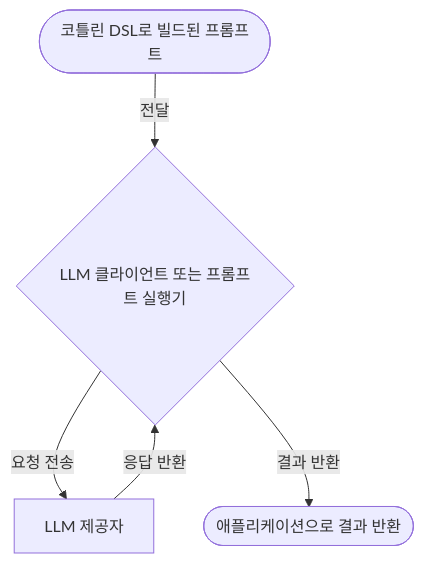
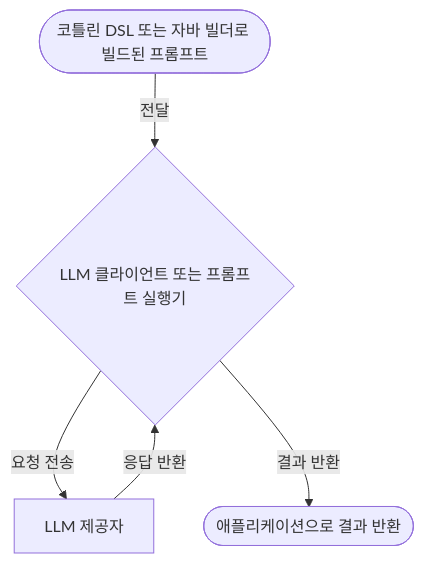
One commit to BinaryTape/Open-Docs changed the first of 2 diagrams in docs/ko/koog/prompts/index.md. Above: the diagram before and after it, drawn with Mermaid. The commit also changed other lines of this file and 818 other files, not shown here.

````diff
--- a/docs/ko/koog/prompts/index.md
+++ b/docs/ko/koog/prompts/index.md
@@ -38,12 +59,12 @@
 ```mermaid
 flowchart TB
-    A([코틀린 DSL로 빌드된 프롬프트])
+    A([코틀린 DSL 또는 자바 빌더로 빌드된 프롬프트])
     B{LLM 클라이언트 또는 프롬프트 실행기}
     C[LLM 제공자]
     D([애플리케이션으로 결과 반환])
 
     A -->|"전달"| B
     B -->|"요청 전송"| C
     C -->|"응답 반환"| B
     B -->|"결과 반환"| D
 ```
````
